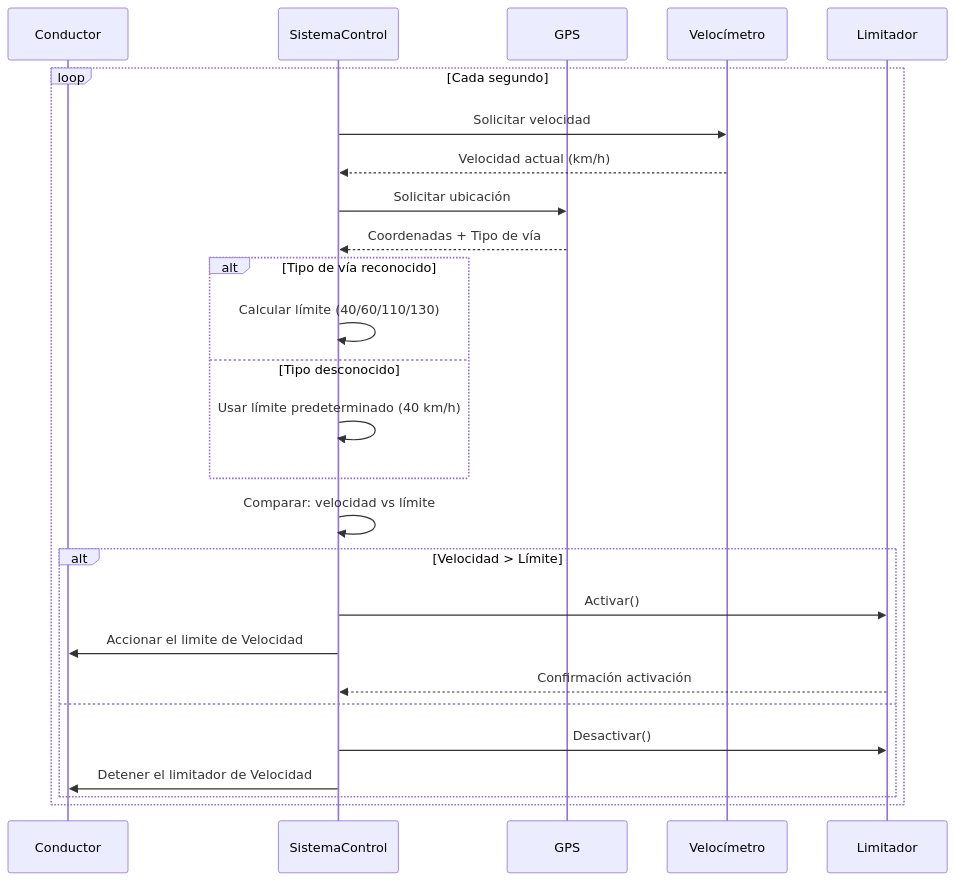
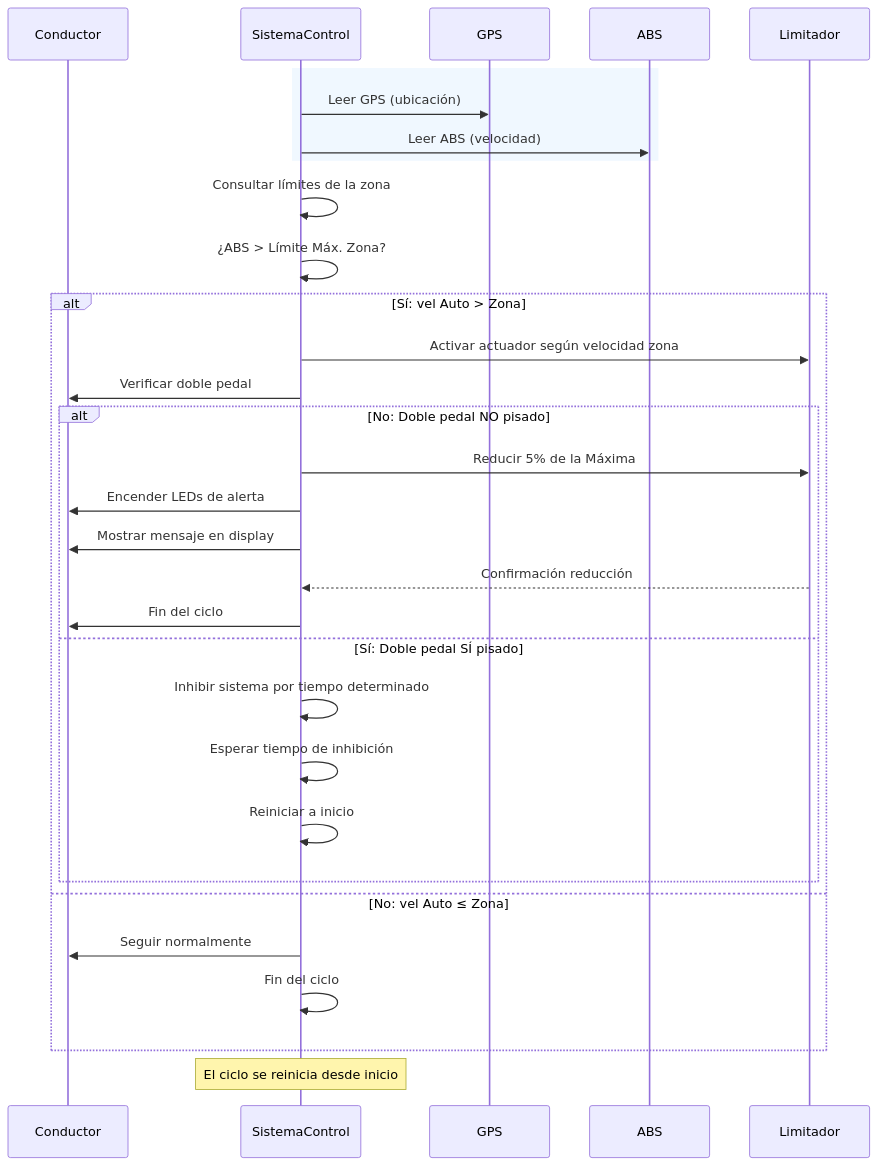
Before and after one commit to proyectoitsv/2025_REGVEL: the diagram in Documentación (diagramas + plantillas)/Diagrama de secuencia/Diagrama de Secuencia.mmd, drawn with Mermaid. The commit also changed other lines of this file and 1 other file, not shown here.

```diff
--- a/Documentación (diagramas + plantillas)/Diagrama de secuencia/Diagrama de Secuencia.mmd
+++ b/Documentación (diagramas + plantillas)/Diagrama de secuencia/Diagrama de Secuencia.mmd
@@ -1,27 +1,39 @@
 sequenceDiagram
   participant Conductor as Conductor
   participant SistemaControl as SistemaControl
   participant GPS as GPS
-  participant Velocímetro as Velocímetro
+  participant ABS as ABS 
   participant Limitador as Limitador
 
-  loop Cada segundo
-    SistemaControl ->> Velocímetro: Solicitar velocidad
-    Velocímetro -->> SistemaControl: Velocidad actual (km/h)
-    SistemaControl ->> GPS: Solicitar ubicación
-    GPS -->> SistemaControl: Coordenadas + Tipo de vía
-    alt Tipo de vía reconocido
-      SistemaControl ->> SistemaControl: Calcular límite (40/60/110/130)
-    else Tipo desconocido
-      SistemaControl ->> SistemaControl: Usar límite predeterminado (40 km/h)
+  rect rgb(240, 248, 255)
+    SistemaControl ->> GPS: Leer GPS (ubicación)
+    SistemaControl ->> ABS: Leer ABS (velocidad)
+  end
+  
+  SistemaControl ->> SistemaControl: Consultar límites de la zona
+  SistemaControl ->> SistemaControl: ¿ABS > Límite Máx. Zona?
+  
+  alt Sí: vel Auto > Zona
+    SistemaControl ->> Limitador: Activar actuador según velocidad zona
+    
+    SistemaControl ->> Conductor: Verificar doble pedal
+    
+    alt No: Doble pedal NO pisado
+      SistemaControl ->> Limitador: Reducir 5% de la Máxima
+      SistemaControl ->> Conductor: Encender LEDs de alerta
+      SistemaControl ->> Conductor: Mostrar mensaje en display
+      Limitador -->> SistemaControl: Confirmación reducción
+      SistemaControl ->> Conductor: Fin del ciclo
+      
+    else Sí: Doble pedal SÍ pisado
+      SistemaControl ->> SistemaControl: Inhibir sistema por tiempo determinado
+      SistemaControl ->> SistemaControl: Esperar tiempo de inhibición
+      SistemaControl ->> SistemaControl: Reiniciar a inicio
     end
-    SistemaControl ->> SistemaControl: Comparar: velocidad vs límite
-    alt Velocidad > Límite
-      SistemaControl ->> Limitador: Activar()
-      SistemaControl ->> Conductor: Accionar el limite de Velocidad
-      Limitador -->> SistemaControl: Confirmación activación
-    else
-      SistemaControl ->> Limitador: Desactivar()
-      SistemaControl ->> Conductor: Detener el limitador de Velocidad
-    end
+    
+  else No: vel Auto ≤ Zona
+    SistemaControl ->> Conductor: Seguir normalmente
+    SistemaControl ->> SistemaControl: Fin del ciclo
   end
+  
+  Note over SistemaControl: El ciclo se reinicia desde inicio
```
